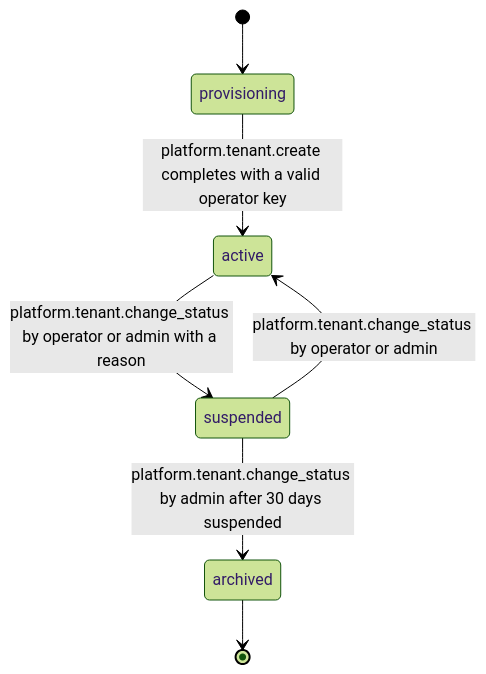
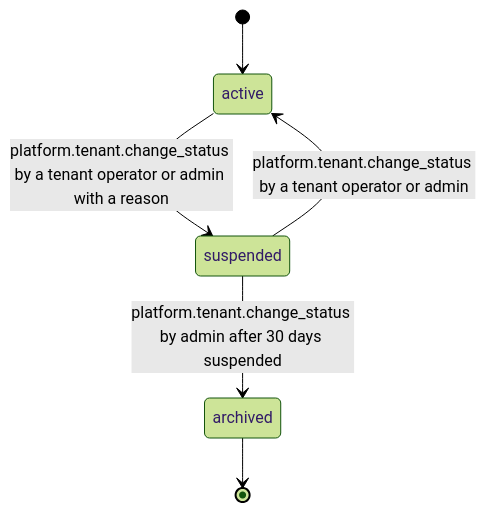
Before and after one commit to djshellshoxxx/CLASSifiedisRUPTed: the diagram in 15_Platform/04_configuration/mod_tenants/workflow_state_machine.md, drawn with Mermaid (forest theme). The commit also changed other lines of this file and 108 other files, not shown here.

````diff
--- a/15_Platform/04_configuration/mod_tenants/workflow_state_machine.md
+++ b/15_Platform/04_configuration/mod_tenants/workflow_state_machine.md
@@ -26,9 +25,8 @@
 ```mermaid
 stateDiagram-v2
-  [*] --> provisioning
-  provisioning --> active: platform.tenant.create completes with a valid operator key
-  active --> suspended: platform.tenant.change_status by operator or admin with a reason
-  suspended --> active: platform.tenant.change_status by operator or admin
+  [*] --> active
+  active --> suspended: platform.tenant.change_status by a tenant operator or admin with a reason
+  suspended --> active: platform.tenant.change_status by a tenant operator or admin
   suspended --> archived: platform.tenant.change_status by admin after 30 days suspended
   archived --> [*]
 ```
````
